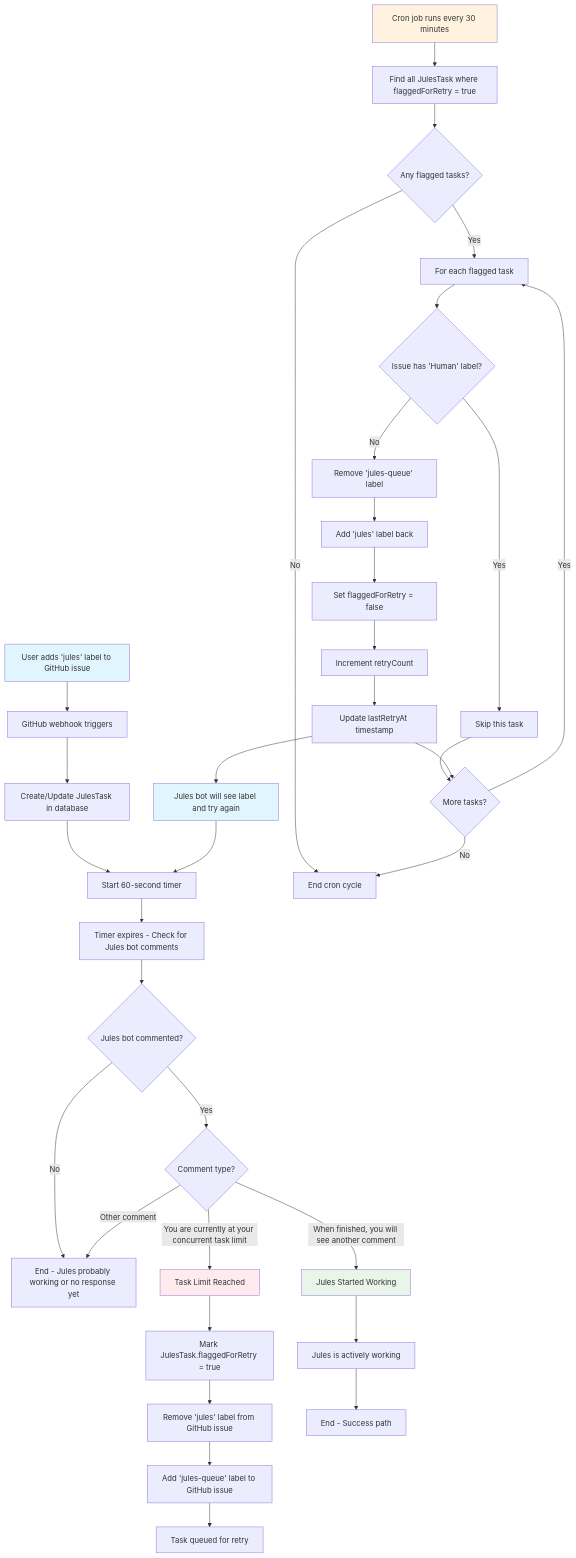
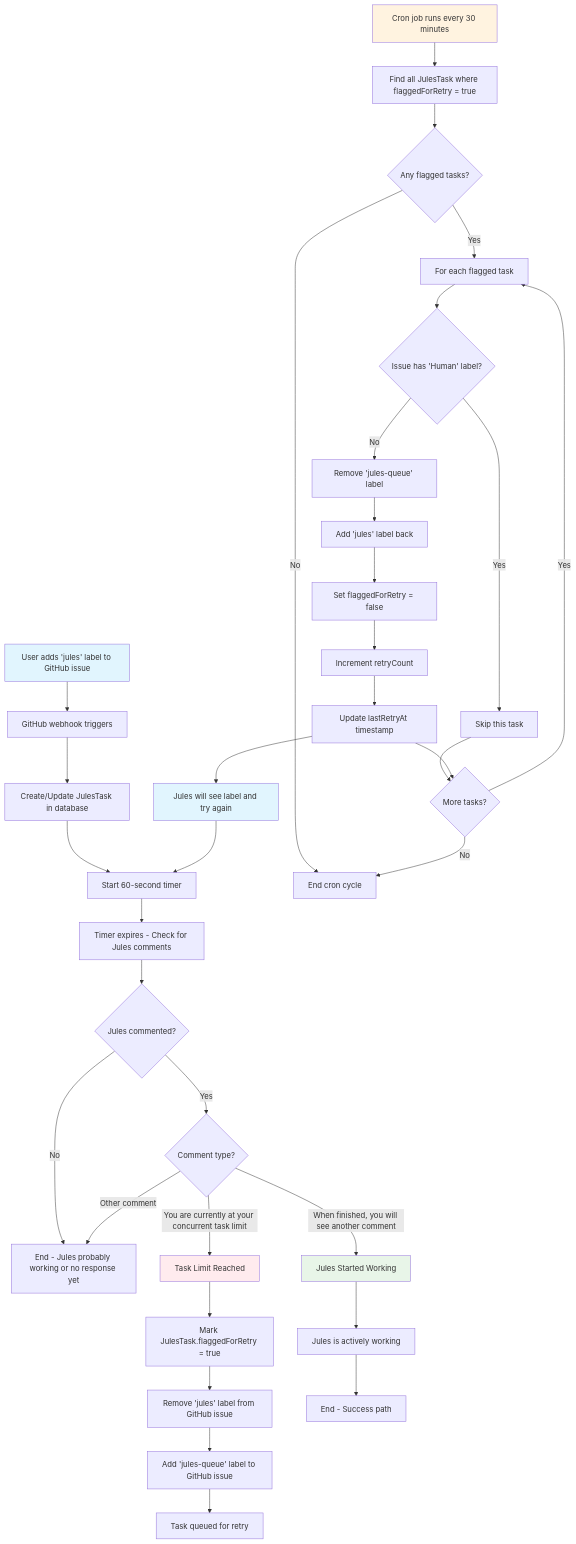
Before and after one commit to iHildy/jules-task-queue: the diagram in README.md, drawn with Mermaid. The commit also changed 33 other files, not shown here.

````diff
--- a/README.md
+++ b/README.md
@@ -72,46 +72,46 @@
 ```mermaid
 graph TD
     A["User adds 'jules' label to GitHub issue"] --> B["GitHub webhook triggers"]
     B --> C["Create/Update JulesTask in database"]
     C --> D["Start 60-second timer"]
-    D --> E["Timer expires - Check for Jules bot comments"]
-    E --> F{"Jules bot commented?"}
+    D --> E["Timer expires - Check for Jules comments"]
+    E --> F{"Jules commented?"}
     F -->|No| G["End - Jules probably working or no response yet"]
     F -->|Yes| H{"Comment type?"}
     H -->|"You are currently at your concurrent task limit"| I["Task Limit Reached"]
     H -->|"When finished, you will see another comment"| J["Jules Started Working"]
     H -->|Other comment| G
 
     I --> K["Mark JulesTask.flaggedForRetry = true"]
     K --> L["Remove 'jules' label from GitHub issue"]
     L --> M["Add 'jules-queue' label to GitHub issue"]
     M --> N["Task queued for retry"]
 
     J --> O["Jules is actively working"]
     O --> P["End - Success path"]
 
     Q["Cron job runs every 30 minutes"] --> R["Find all JulesTask where flaggedForRetry = true"]
     R --> S{"Any flagged tasks?"}
     S -->|No| T["End cron cycle"]
     S -->|Yes| U["For each flagged task"]
     U --> V{"Issue has 'Human' label?"}
     V -->|Yes| W["Skip this task"]
     V -->|No| X["Remove 'jules-queue' label"]
     X --> Y["Add 'jules' label back"]
     Y --> Z["Set flaggedForRetry = false"]
     Z --> AA["Increment retryCount"]
     AA --> BB["Update lastRetryAt timestamp"]
-    BB --> CC["Jules bot will see label and try again"]
+    BB --> CC["Jules will see label and try again"]
     CC --> D
 
     W --> DD{"More tasks?"}
     BB --> DD
     DD -->|Yes| U
     DD -->|No| T
 
     style A fill:#e1f5fe
     style I fill:#ffebee
     style J fill:#e8f5e8
     style Q fill:#fff3e0
     style CC fill:#e1f5fe
 ```
````
